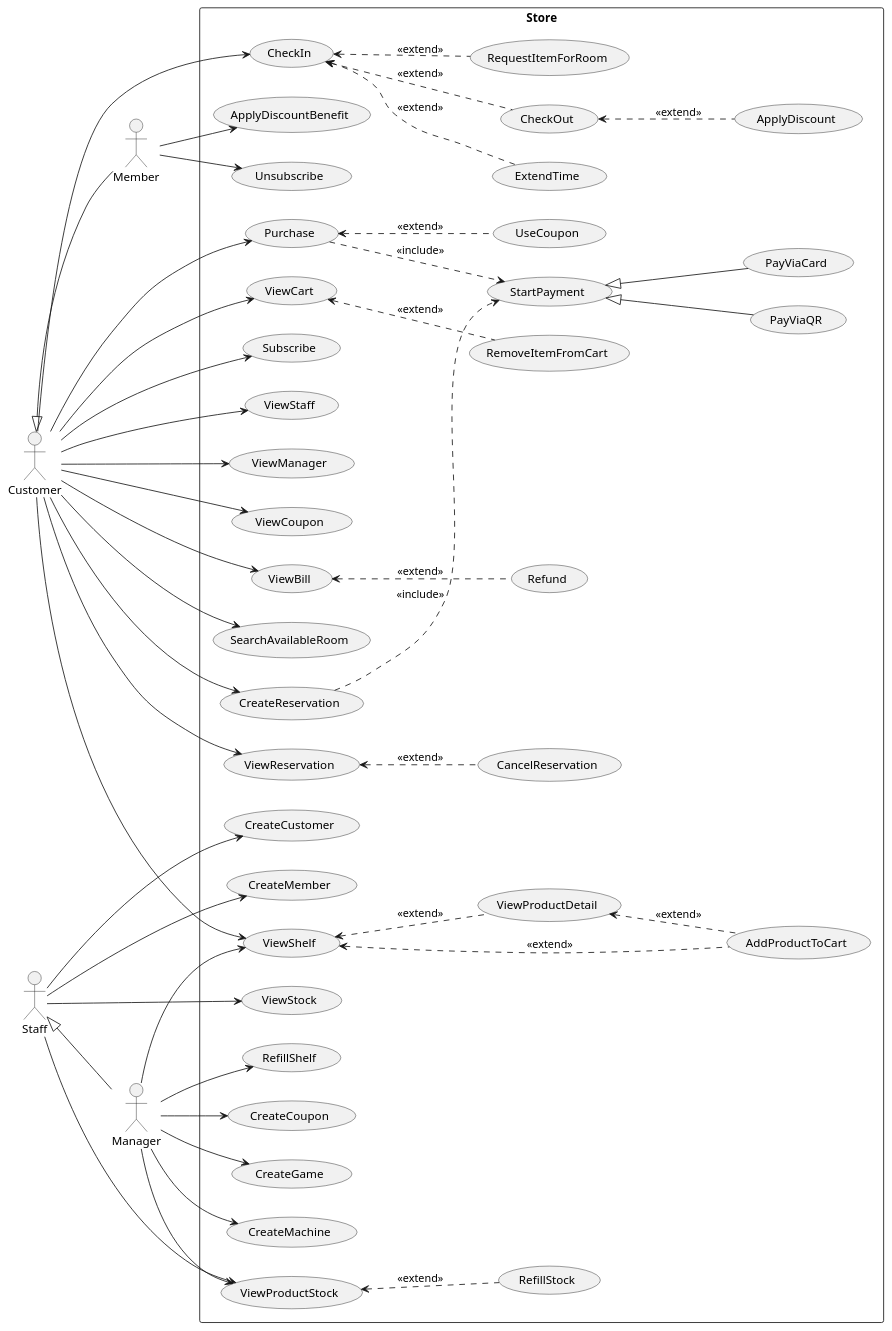
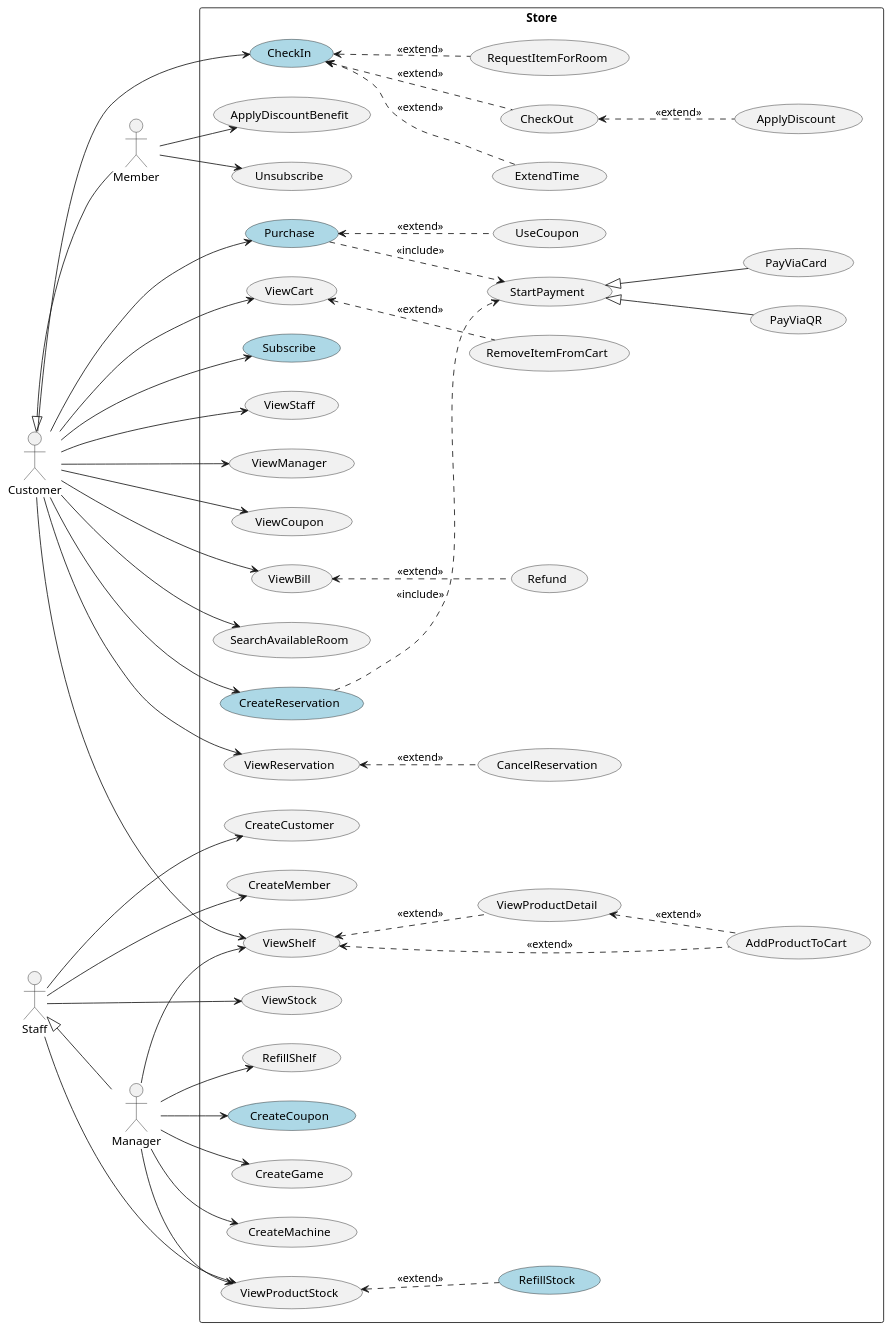
The diagram in UseCaseDiagram/usecase_diagram.puml (WaroonRagwongsiri/OOP_Project), drawn with PlantUML before and after one commit.

Commit message:
usecase have color

```diff
--- a/UseCaseDiagram/usecase_diagram.puml
+++ b/UseCaseDiagram/usecase_diagram.puml
@@ -1,127 +1,127 @@
 @startuml UseCaseDiagram
 left to right direction
 
 ' =========================
 ' Actors (from hierarchy in Class Diagram)
 ' =========================
 actor "Customer" as A_Customer
 actor "Member" as A_Member
 actor "Staff" as A_Staff
 actor "Manager" as A_Manager
 
 A_Customer <|-- A_Member
 A_Staff <|-- A_Manager
 
 rectangle "Store" {
 
 	'Customer'
 	usecase "AddProductToCart" as UC_AddProductToCart
 	usecase "ViewCart" as UC_ViewCart
 	usecase "RemoveItemFromCart" as UC_RemoveItemFromCart
 	usecase "ViewShelf" as UC_ViewShelf
 	usecase "ViewProductDetail" as UC_ViewProductDetail
-	usecase "Purchase" as UC_Purchase
+	usecase "Purchase" as UC_Purchase #ADD8E6
 	usecase "UseCoupon" as UC_UseCoupon
-	usecase "Subscribe" as UC_Subscribe
+	usecase "Subscribe" as UC_Subscribe #ADD8E6
 	usecase "ViewStaff" as UC_ViewStaff
 	usecase "ViewManager" as UC_ViewManager
 	usecase "ViewCoupon" as UC_ViewCoupon
 	usecase "ViewBill" as UC_ViewBill
 
 	'Payment'
 	usecase "StartPayment" as UC_StartPayment
 	usecase "PayViaCard" as UC_PayViaCard
 	usecase "PayViaQR" as UC_PayViaQR
 
 	'Member'
 	usecase "ApplyDiscountBenefit" as UC_ApplyDiscountBenefit
 	usecase "Unsubscribe" as UC_Unsubscribe
 
 	'Staff'
 	usecase "ApplyDiscount" as UC_ApplyDiscount
 	usecase "CreateCustomer" as UC_CreateCustomer
 	usecase "CreateMember" as UC_CreateMember
 
 	'Manager'
 	usecase "CreateGame" as UC_CreateGame
 	usecase "CreateMachine" as UC_CreateMachine
 	usecase "ViewProductStock" as UC_ViewProductStock
 	usecase "RefillShelf" as UC_RefillShelf
-	usecase "CreateCoupon" as UC_CreateCoupon
-	usecase "RefillStock" as UC_RefillStock
+	usecase "CreateCoupon" as UC_CreateCoupon #ADD8E6
+	usecase "RefillStock" as UC_RefillStock #ADD8E6
 	usecase "ViewStock" as UC_ViewStock
 
 	'Room Reservation'
 	usecase "SearchAvailableRoom" as UC_SearchAvailableRoom
-	usecase "CreateReservation" as UC_CreateReservation
+	usecase "CreateReservation" as UC_CreateReservation #ADD8E6
 	usecase "ViewReservation" as UC_ViewReservation
 	usecase "CancelReservation" as UC_CancelReservation
-	usecase "CheckIn" as UC_CheckIn
+	usecase "CheckIn" as UC_CheckIn #ADD8E6
 	usecase "ExtendTime" as UC_ExtendTime
 	usecase "CheckOut" as UC_CheckOut
 	usecase "Refund" as UC_Refund
 	usecase "RequestItemForRoom" as UC_RequestItemForRoom
 }
 
 'Customer'
 A_Customer --> UC_ViewCart
 A_Customer --> UC_Purchase
 A_Customer --> UC_Subscribe
 A_Customer --> UC_CheckIn
 A_Customer --> UC_ViewShelf
 A_Customer --> UC_ViewBill
 A_Customer --> UC_ViewStaff
 A_Customer --> UC_ViewManager
 A_Customer --> UC_ViewCoupon
 
 UC_ViewShelf <.. UC_AddProductToCart : <<extend>>
 UC_ViewShelf <.. UC_ViewProductDetail : <<extend>>
 
 UC_ViewBill <.. UC_Refund : <<extend>>
 
 UC_ViewProductDetail <.. UC_AddProductToCart : <<extend>>
 
 UC_ViewCart <.. UC_RemoveItemFromCart : <<extend>>
 
 UC_Purchase <.. UC_UseCoupon : <<extend>>
 UC_Purchase ..> UC_StartPayment : <<include>>
 
 'Payment'
 UC_StartPayment <|-- UC_PayViaCard
 UC_StartPayment <|-- UC_PayViaQR
 
 'Member'
 A_Member --> UC_ApplyDiscountBenefit
 A_Member --> UC_Unsubscribe
 
 'Staff'
 A_Staff --> UC_ViewProductStock
 A_Staff --> UC_CreateCustomer
 A_Staff --> UC_CreateMember
 A_Staff --> UC_ViewStock
 
 UC_CheckIn <.. UC_ExtendTime : <<extend>>
 UC_CheckIn <.. UC_RequestItemForRoom : <<extend>>
 UC_CheckIn <.. UC_CheckOut : <<extend>>
 
 UC_CheckOut <.. UC_ApplyDiscount : <<extend>>
 UC_ViewProductStock <.. UC_RefillStock : <<extend>>
 
 'Manager'
 A_Manager --> UC_CreateCoupon
 A_Manager --> UC_ViewProductStock
 A_Manager --> UC_CreateGame
 A_Manager --> UC_CreateMachine
 A_Manager --> UC_ViewShelf
 A_Manager --> UC_RefillShelf
 
 'Customer / Member Reservation
 A_Customer --> UC_SearchAvailableRoom
 A_Customer --> UC_CreateReservation
 A_Customer --> UC_ViewReservation
 
 UC_ViewReservation <.. UC_CancelReservation : <<extend>>
 
 UC_CreateReservation ..> UC_StartPayment : <<include>>
 
 @enduml
```
